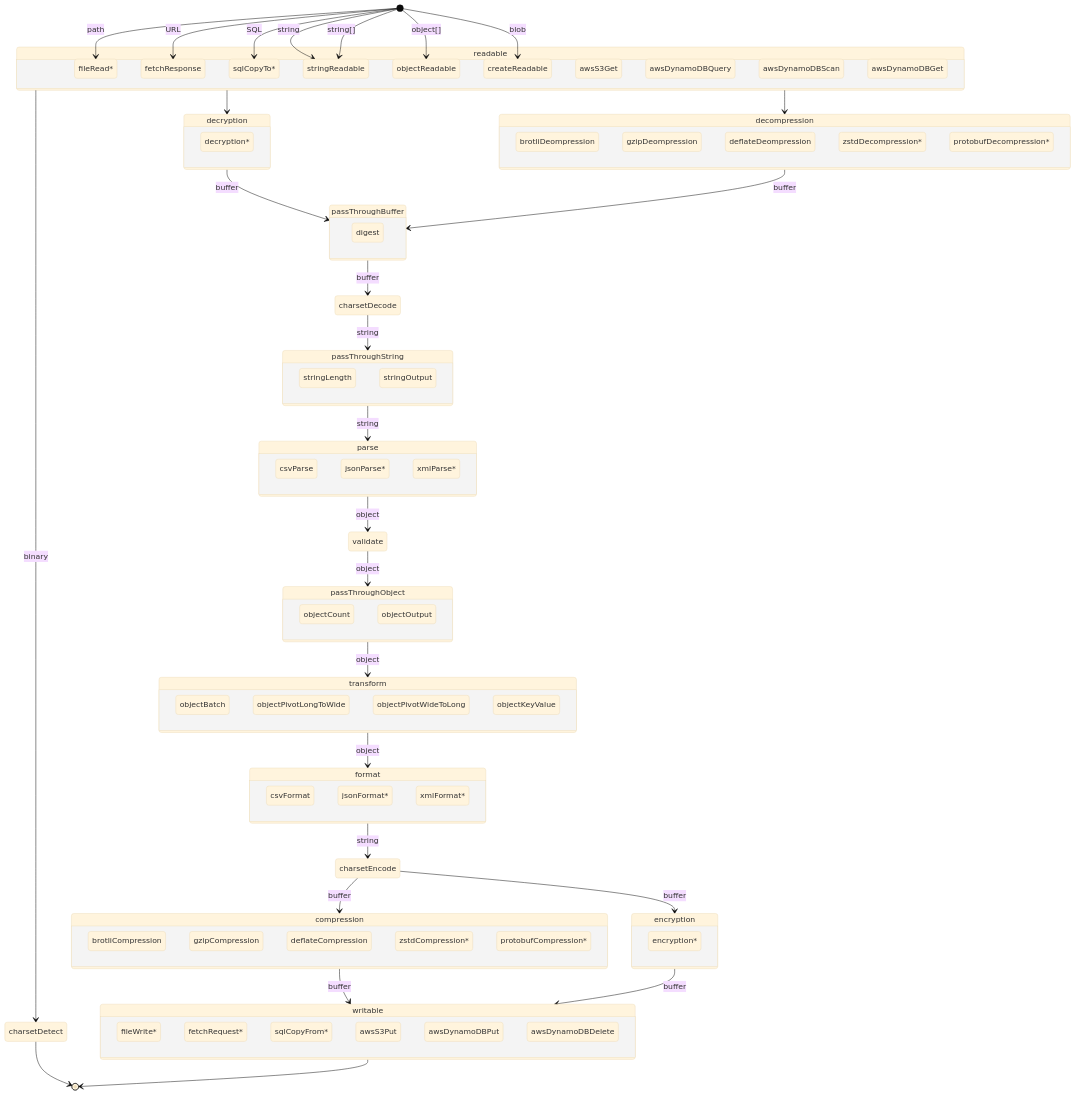
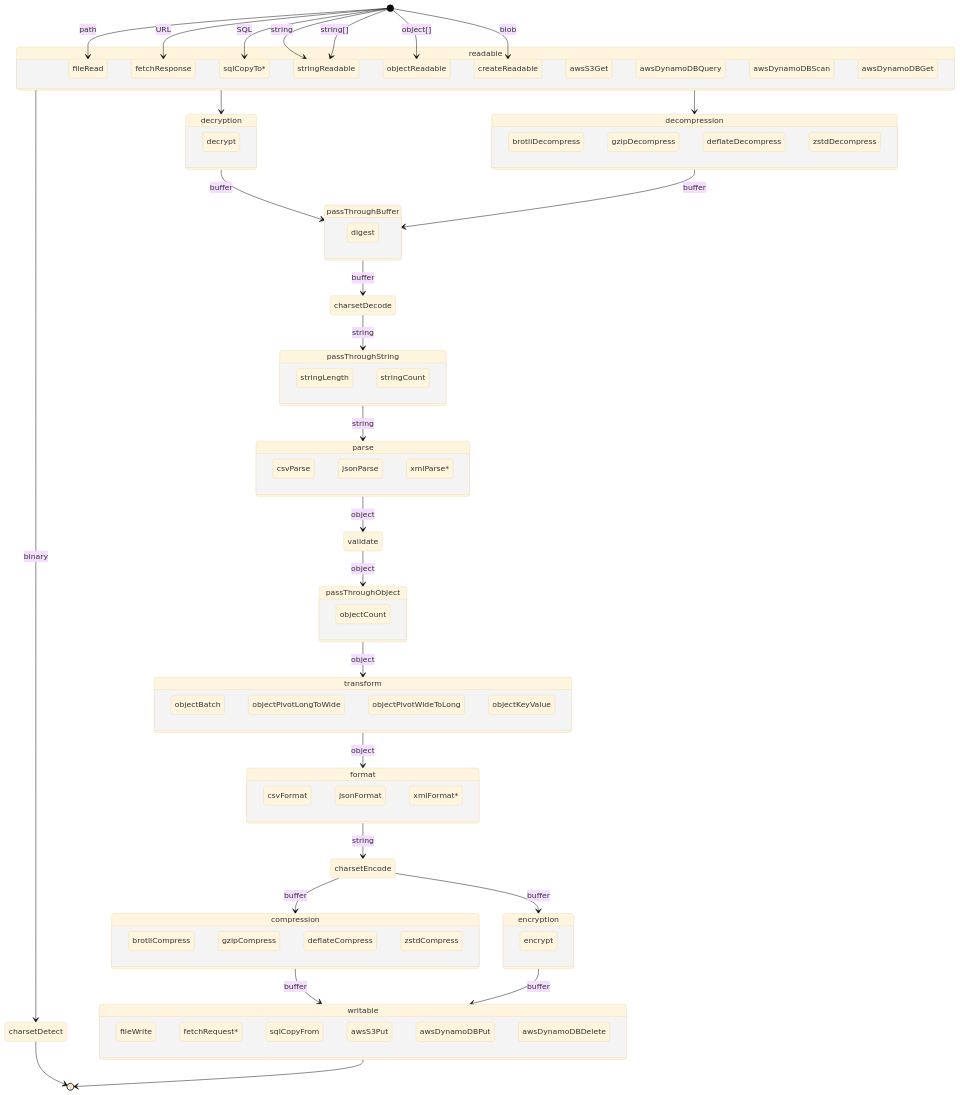
The diagram in README.md (willfarrell/datastream), drawn with Mermaid (base theme) before and after one commit. The commit also changed other lines of this file and 109 other files, not shown here.

````diff
--- a/README.md
+++ b/README.md
@@ -95,7 +175,7 @@
 ```mermaid
 stateDiagram-v2
 
-    [*] --> fileRead*: path
+    [*] --> fileRead: path
     [*] --> fetchResponse: URL
     [*] --> sqlCopyTo*: SQL
     [*] --> stringReadable: string
@@ -127,7 +207,7 @@
     encryption --> writable: buffer
 
     state readable {
-        fileRead*
+        fileRead
         fetchResponse
         sqlCopyTo*
         createReadable
@@ -140,20 +220,19 @@
     }
 
     state decompression {
-        brotliDeompression
-        gzipDeompression
-        deflateDeompression
-        zstdDecompression*
-        protobufDecompression*
+        brotliDecompress
+        gzipDecompress
+        deflateDecompress
+        zstdDecompress
     }
 
     state decryption {
-      decryption*
+      decrypt
     }
 
     state parse {
       csvParse
-      jsonParse*
+      jsonParse
       xmlParse*
     }
 
@@ -163,12 +242,12 @@
 
     state passThroughString {
       stringLength
-      stringOutput
+      stringCount
     }
 
     state passThroughObject {
       objectCount
-      objectOutput
+      objectBatch
     }
 
     state transform {
@@ -181,26 +260,25 @@
 
     state format {
       csvFormat
-      jsonFormat*
+      jsonFormat
       xmlFormat*
     }
 
     state compression {
-        brotliCompression
-        gzipCompression
-        deflateCompression
-        zstdCompression*
-        protobufCompression*
+        brotliCompress
+        gzipCompress
+        deflateCompress
+        zstdCompress
     }
 
     state encryption {
-      encryption*
+      encrypt
     }
 
     state writable {
-        fileWrite*
+        fileWrite
         fetchRequest*
-        sqlCopyFrom*
+        sqlCopyFrom
         awsS3Put
         awsDynamoDBPut
         awsDynamoDBDelete
````
